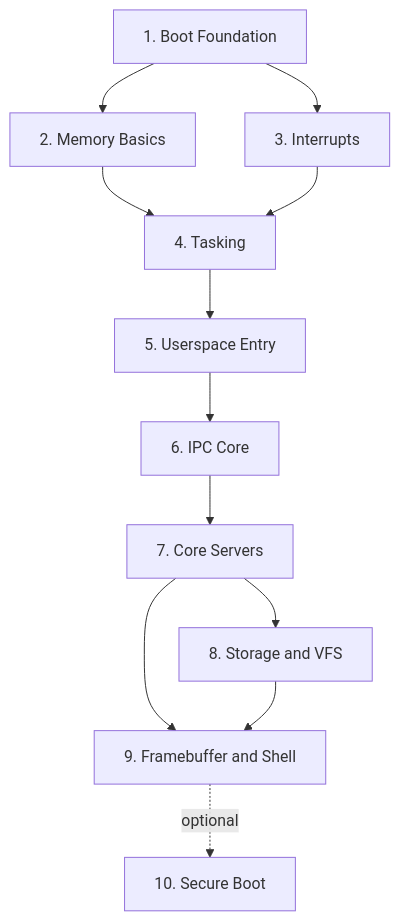
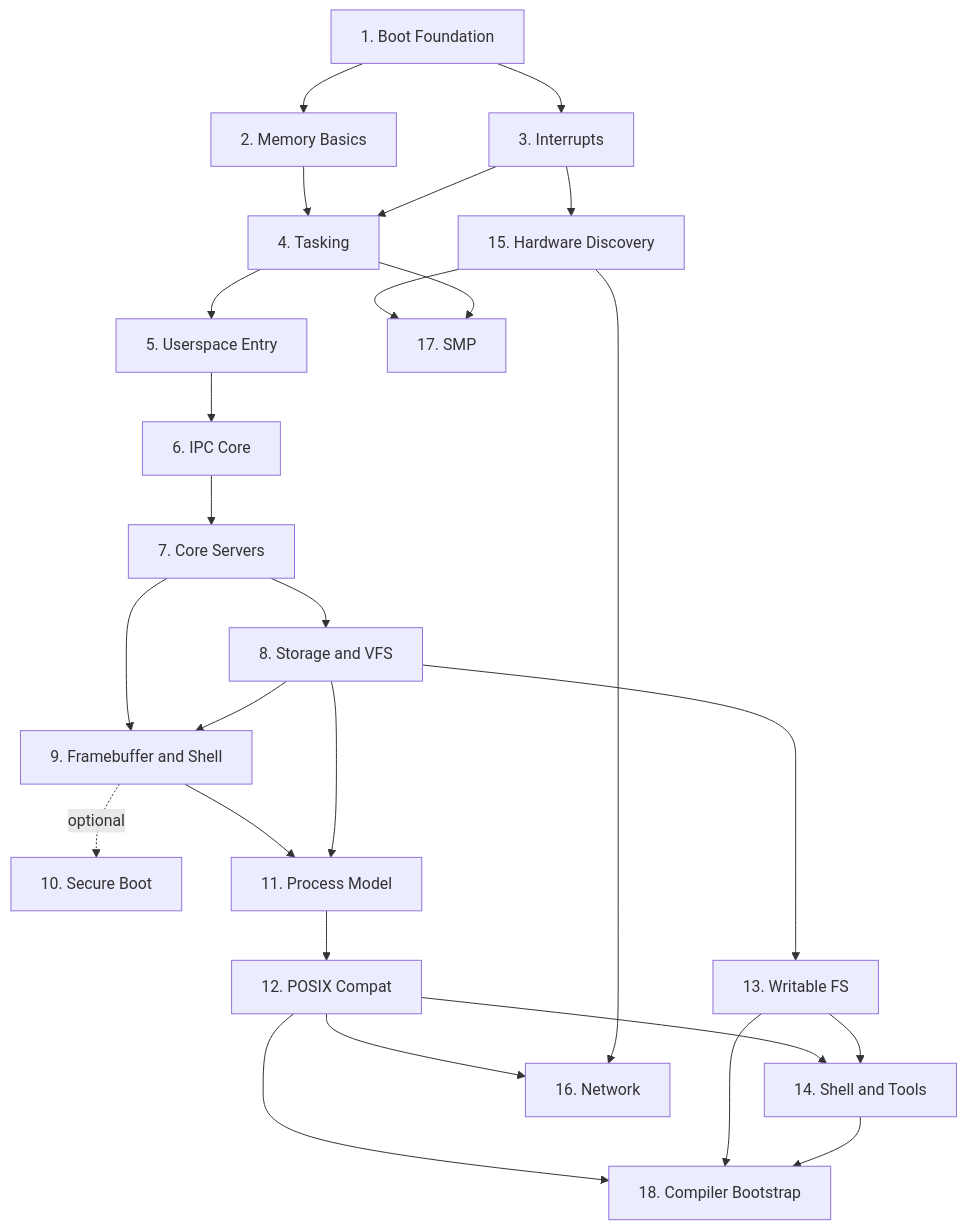
One commit to mikecubed/m3OS changed the diagram in docs/08-roadmap.md. Above: the diagram before and after it, drawn with Mermaid. The commit also changed other lines of this file and 21 other files, not shown here.

First line of the commit message:
Add extended roadmap phases 11-18 and Phase 11 task list

````diff
--- a/docs/08-roadmap.md
+++ b/docs/08-roadmap.md
@@ -11,24 +11,38 @@
 ```mermaid
 flowchart TD
     P1["1. Boot Foundation"]
     P2["2. Memory Basics"]
     P3["3. Interrupts"]
     P4["4. Tasking"]
     P5["5. Userspace Entry"]
     P6["6. IPC Core"]
     P7["7. Core Servers"]
     P8["8. Storage and VFS"]
     P9["9. Framebuffer and Shell"]
 
     P1 --> P2
     P1 --> P3
     P2 --> P4
     P3 --> P4
     P4 --> P5
     P5 --> P6
     P6 --> P7
     P7 --> P8
     P7 --> P9
     P8 --> P9
     P9 -.->|optional| P10["10. Secure Boot"]
+    P9 --> P11["11. Process Model"]
+    P8 --> P11
+    P11 --> P12["12. POSIX Compat"]
+    P8 --> P13["13. Writable FS"]
+    P12 --> P14["14. Shell and Tools"]
+    P13 --> P14
+    P3 --> P15["15. Hardware Discovery"]
+    P12 --> P16["16. Network"]
+    P15 --> P16
+    P15 --> P17["17. SMP"]
+    P4 --> P17
+    P12 --> P18["18. Compiler Bootstrap"]
+    P13 --> P18
+    P14 --> P18
 ```
````
